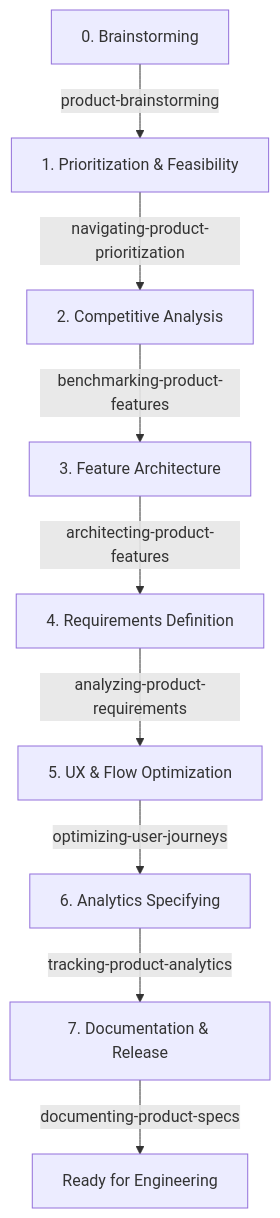
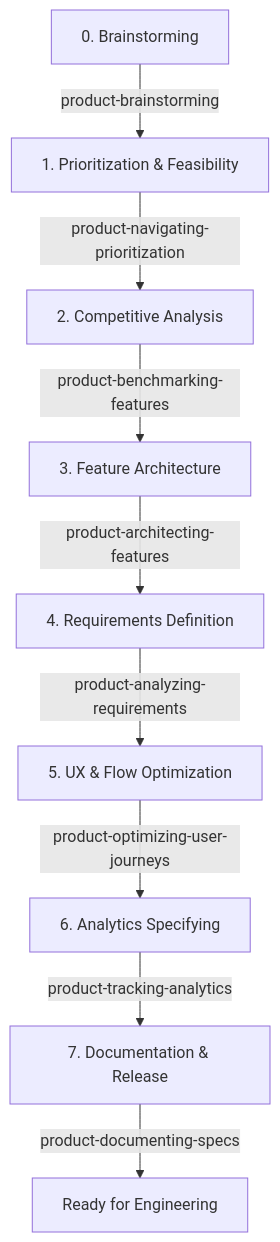
The diagram in README.md (alperencinar/antigravity-expert-skills), drawn with Mermaid before and after one commit. The commit also changed other lines of this file and 48 other files, not shown here.

Commit message:
feat: rename skills to product-* and configure user-invocable: true

````diff
--- a/README.md
+++ b/README.md
@@ -13,11 +13,11 @@
 ```mermaid
 graph TD
     A0[0. Brainstorming] -->|product-brainstorming| A[1. Prioritization & Feasibility]
-    A -->|navigating-product-prioritization| B[2. Competitive Analysis]
-    B -->|benchmarking-product-features| C[3. Feature Architecture]
-    C -->|architecting-product-features| D[4. Requirements Definition]
-    D -->|analyzing-product-requirements| E[5. UX & Flow Optimization]
-    E -->|optimizing-user-journeys| H[6. Analytics Specifying]
-    H -->|tracking-product-analytics| F[7. Documentation & Release]
-    F -->|documenting-product-specs| G[Ready for Engineering]
+    A -->|product-navigating-prioritization| B[2. Competitive Analysis]
+    B -->|product-benchmarking-features| C[3. Feature Architecture]
+    C -->|product-architecting-features| D[4. Requirements Definition]
+    D -->|product-analyzing-requirements| E[5. UX & Flow Optimization]
+    E -->|product-optimizing-user-journeys| H[6. Analytics Specifying]
+    H -->|product-tracking-analytics| F[7. Documentation & Release]
+    F -->|product-documenting-specs| G[Ready for Engineering]
 ```
````
